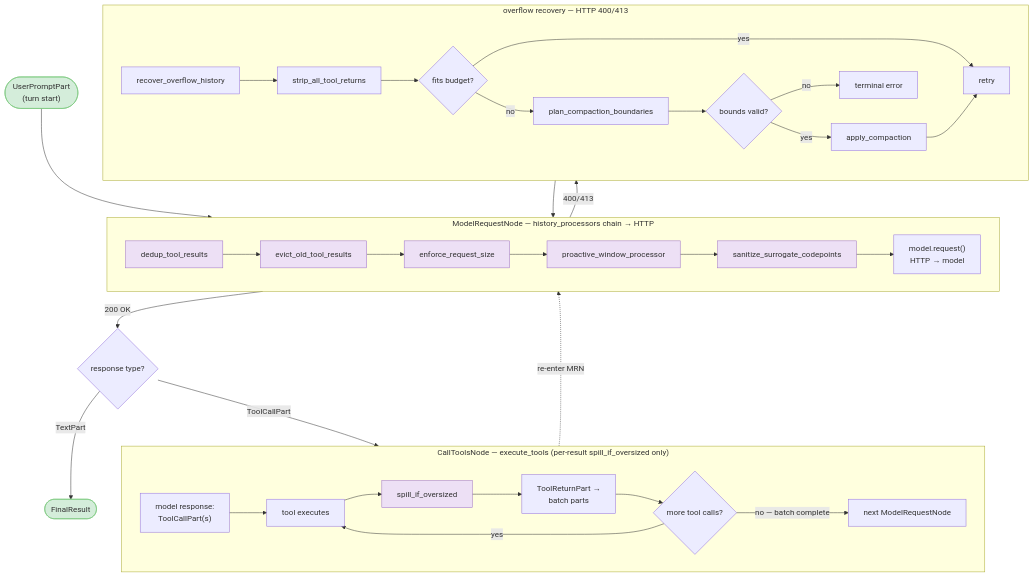
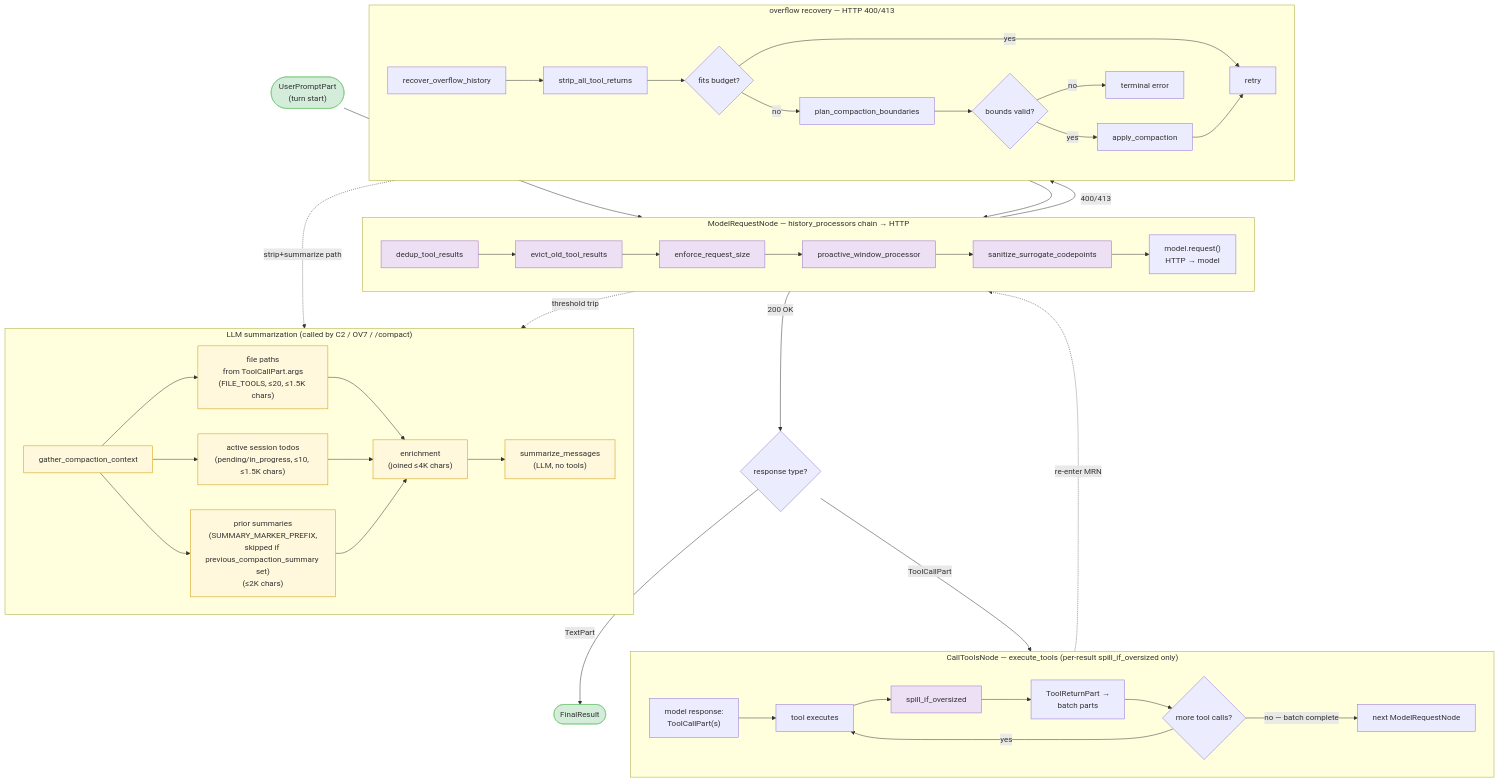
One commit to binlecode/co-cli changed the diagram in docs/specs/compaction.md. Above: the diagram before and after it, drawn with Mermaid. The commit also changed other lines of this file and 8 other files, not shown here.

````diff
--- a/docs/specs/compaction.md
+++ b/docs/specs/compaction.md
@@ -35,41 +83,57 @@
 ```mermaid
 flowchart TD
     UPN(["UserPromptPart\n(turn start)"])
     FINAL(["FinalResult"])
     RTYPE{"response type?"}
 
     subgraph MRN["ModelRequestNode — history_processors chain → HTTP"]
         direction LR
         C0["dedup_tool_results"] --> C1["evict_old_tool_results"] --> CE["enforce_request_size"] --> C2["proactive_window_processor"] --> C3["sanitize_surrogate_codepoints"] --> HTTP["model.request()\nHTTP → model"]
     end
 
     subgraph CTN["CallToolsNode — execute_tools (per-result spill_if_oversized only)"]
         direction LR
         TCALL["model response:\nToolCallPart(s)"] --> EXEC["tool executes"] --> M1["spill_if_oversized"] --> HIST["ToolReturnPart →\nbatch parts"] --> MORE{"more tool calls?"}
         MORE -->|yes| EXEC
         MORE -->|"no — batch complete"| NEXT["next ModelRequestNode"]
     end
 
     subgraph OVF["overflow recovery — HTTP 400/413"]
         direction LR
         OV1["recover_overflow_history"] --> OV2["strip_all_tool_returns"]
         OV2 --> OV3{"fits budget?"}
         OV3 -->|yes| OV4["retry"]
         OV3 -->|no| OV5["plan_compaction_boundaries"] --> OV6{"bounds valid?"}
         OV6 -->|yes| OV7["apply_compaction"] --> OV4
         OV6 -->|no| OV8["terminal error"]
     end
 
+    subgraph SUM["LLM summarization (called by C2 / OV7 / /compact)"]
+        direction LR
+        GC["gather_compaction_context"]
+        GC --> GC1["file paths\nfrom ToolCallPart.args\n(FILE_TOOLS, ≤20, ≤1.5K chars)"]
+        GC --> GC2["active session todos\n(pending/in_progress, ≤10, ≤1.5K chars)"]
+        GC --> GC3["prior summaries\n(SUMMARY_MARKER_PREFIX,\nskipped if previous_compaction_summary set)\n(≤2K chars)"]
+        GC1 --> ENR["enrichment\n(joined ≤4K chars)"]
+        GC2 --> ENR
+        GC3 --> ENR
+        ENR --> SUMM["summarize_messages\n(LLM, no tools)"]
+    end
+
     UPN --> C0
     HTTP -->|"200 OK"| RTYPE
     HTTP -->|"400/413"| OV1
     OV3 --> C0
     RTYPE -->|ToolCallPart| TCALL
     RTYPE -->|TextPart| FINAL
     NEXT -.->|"re-enter MRN"| C0
+    C2 -.->|"threshold trip"| GC
+    OV7 -.->|"strip+summarize path"| GC
 
     classDef hook fill:#ede0f5,stroke:#9c6fc7
     classDef term fill:#d4edda,stroke:#74c476
+    classDef enr fill:#fff8dc,stroke:#cc9900
     class C0,C1,CE,C2,C3,M1 hook
     class UPN,FINAL term
+    class GC,GC1,GC2,GC3,ENR,SUMM enr
 ```
````
